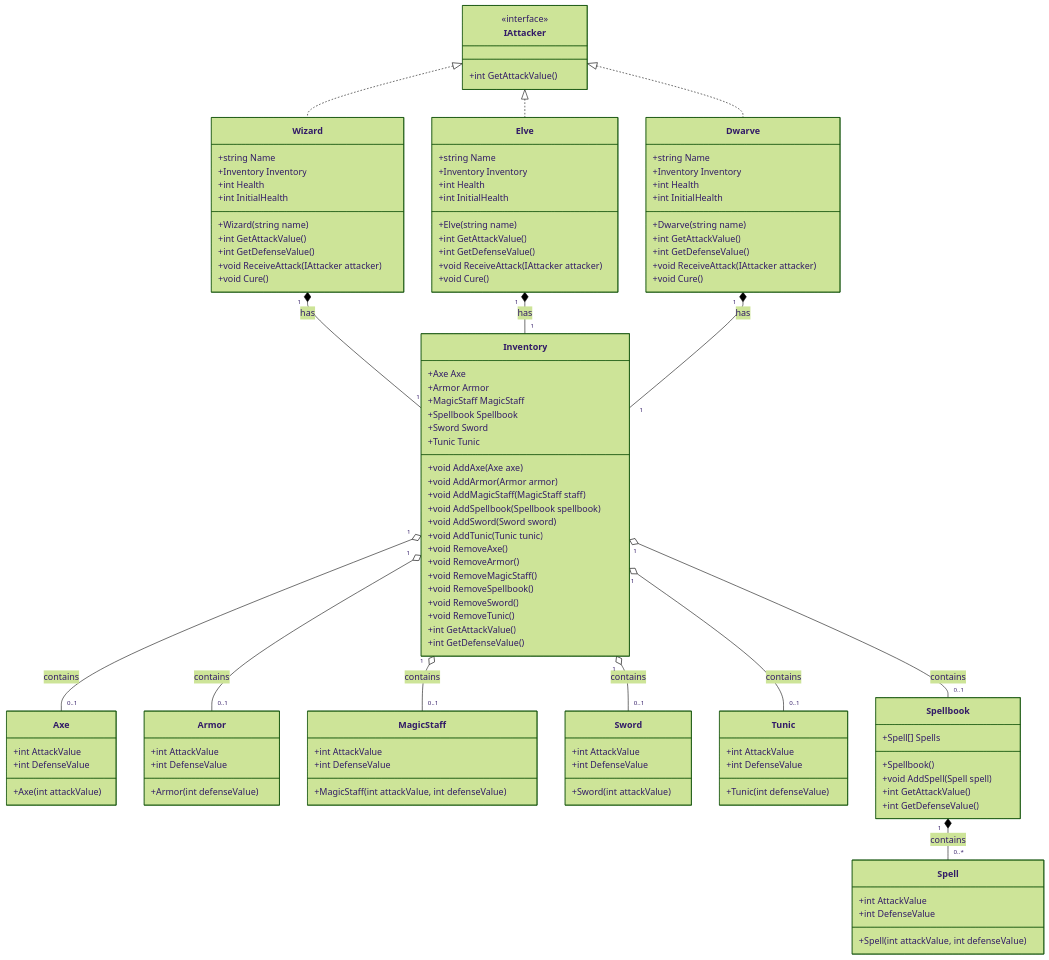
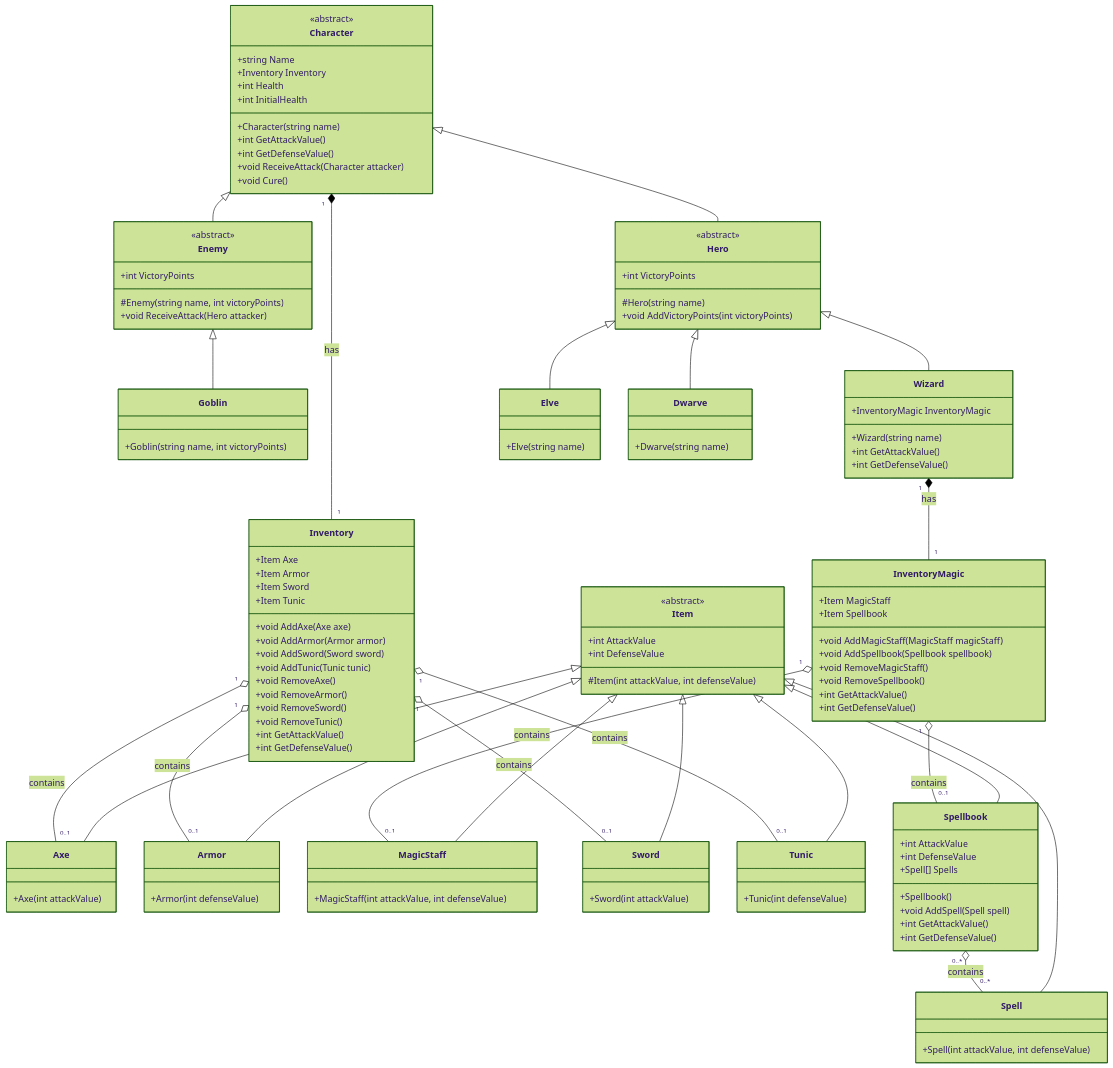
Before and after one commit to JoacoBessonart/Juego2: the diagram in DIAGRAM.md, drawn with Mermaid (forest theme). The commit also changed 7 other files, not shown here.

Commit message:
implementacion clases abstractas hero y enemy + implementacion enemigo goblin

````diff
--- a/DIAGRAM.md
+++ b/DIAGRAM.md
@@ -3,106 +3,113 @@
 ```mermaid
 classDiagram
-    class IAttacker {
-        <<interface>>
-        +int GetAttackValue()
-    }
-
-    class Wizard {
+    class Character {
+        <<abstract>>
         +string Name
         +Inventory Inventory
         +int Health
         +int InitialHealth
+        +Character(string name)
+        +int GetAttackValue()
+        +int GetDefenseValue()
+        +void ReceiveAttack(Character attacker)
+        +void Cure()
+    }
+
+    class Hero {
+        <<abstract>>
+        +int VictoryPoints
+        #Hero(string name)
+        +void AddVictoryPoints(int victoryPoints)
+    }
+
+    class Enemy {
+        <<abstract>>
+        +int VictoryPoints
+        #Enemy(string name, int victoryPoints)
+        +void ReceiveAttack(Hero attacker)
+    }
+
+    class Goblin {
+        +Goblin(string name, int victoryPoints)
+    }
+
+    class Wizard {
+        +InventoryMagic InventoryMagic
         +Wizard(string name)
         +int GetAttackValue()
         +int GetDefenseValue()
-        +void ReceiveAttack(IAttacker attacker)
-        +void Cure()
     }
 
     class Elve {
-        +string Name
-        +Inventory Inventory
-        +int Health
-        +int InitialHealth
         +Elve(string name)
-        +int GetAttackValue()
-        +int GetDefenseValue()
-        +void ReceiveAttack(IAttacker attacker)
-        +void Cure()
     }
 
     class Dwarve {
-        +string Name
-        +Inventory Inventory
-        +int Health
-        +int InitialHealth
         +Dwarve(string name)
-        +int GetAttackValue()
-        +int GetDefenseValue()
-        +void ReceiveAttack(IAttacker attacker)
-        +void Cure()
     }
 
     class Inventory {
-        +Axe Axe
-        +Armor Armor
-        +MagicStaff MagicStaff
-        +Spellbook Spellbook
-        +Sword Sword
-        +Tunic Tunic
+        +Item Axe
+        +Item Armor
+        +Item Sword
+        +Item Tunic
         +void AddAxe(Axe axe)
         +void AddArmor(Armor armor)
-        +void AddMagicStaff(MagicStaff staff)
-        +void AddSpellbook(Spellbook spellbook)
         +void AddSword(Sword sword)
         +void AddTunic(Tunic tunic)
         +void RemoveAxe()
         +void RemoveArmor()
-        +void RemoveMagicStaff()
-        +void RemoveSpellbook()
         +void RemoveSword()
         +void RemoveTunic()
         +int GetAttackValue()
         +int GetDefenseValue()
     }
 
-    class Axe {
+    class InventoryMagic {
+        +Item MagicStaff
+        +Item Spellbook
+        +void AddMagicStaff(MagicStaff magicStaff)
+        +void AddSpellbook(Spellbook spellbook)
+        +void RemoveMagicStaff()
+        +void RemoveSpellbook()
+        +int GetAttackValue()
+        +int GetDefenseValue()
+    }
+
+    class Item {
+        <<abstract>>
         +int AttackValue
         +int DefenseValue
+        #Item(int attackValue, int defenseValue)
+    }
+
+    class Axe {
         +Axe(int attackValue)
     }
 
     class Armor {
-        +int AttackValue
-        +int DefenseValue
         +Armor(int defenseValue)
     }
 
     class MagicStaff {
-        +int AttackValue
-        +int DefenseValue
         +MagicStaff(int attackValue, int defenseValue)
     }
 
     class Sword {
-        +int AttackValue
-        +int DefenseValue
         +Sword(int attackValue)
     }
 
     class Tunic {
-        +int AttackValue
-        +int DefenseValue
         +Tunic(int defenseValue)
     }
 
     class Spell {
-        +int AttackValue
-        +int DefenseValue
         +Spell(int attackValue, int defenseValue)
     }
 
     class Spellbook {
+        +int AttackValue
+        +int DefenseValue
         +Spell[] Spells
         +Spellbook()
         +void AddSpell(Spell spell)
@@ -110,19 +117,28 @@
         +int GetDefenseValue()
     }
 
-    IAttacker <|.. Wizard
-    IAttacker <|.. Elve
-    IAttacker <|.. Dwarve
+    Character <|-- Hero
+    Character <|-- Enemy
+    Hero <|-- Wizard
+    Hero <|-- Elve
+    Hero <|-- Dwarve
+    Enemy <|-- Goblin
+    Item <|-- Axe
+    Item <|-- Armor
+    Item <|-- MagicStaff
+    Item <|-- Sword
+    Item <|-- Tunic
+    Item <|-- Spell
+    Item <|-- Spellbook
 
-    Wizard "1" *-- "1" Inventory : has
-    Elve "1" *-- "1" Inventory : has
-    Dwarve "1" *-- "1" Inventory : has
+    Character "1" *-- "1" Inventory : has
+    Wizard "1" *-- "1" InventoryMagic : has
 
     Inventory "1" o-- "0..1" Axe : contains
     Inventory "1" o-- "0..1" Armor : contains
-    Inventory "1" o-- "0..1" MagicStaff : contains
-    Inventory "1" o-- "0..1" Spellbook : contains
+    InventoryMagic "1" o-- "0..1" MagicStaff : contains
+    InventoryMagic "1" o-- "0..1" Spellbook : contains
     Inventory "1" o-- "0..1" Sword : contains
     Inventory "1" o-- "0..1" Tunic : contains
-    Spellbook "1" *-- "0..*" Spell : contains
+    Spellbook "0..*" o-- "0..*" Spell : contains
 ```
````
